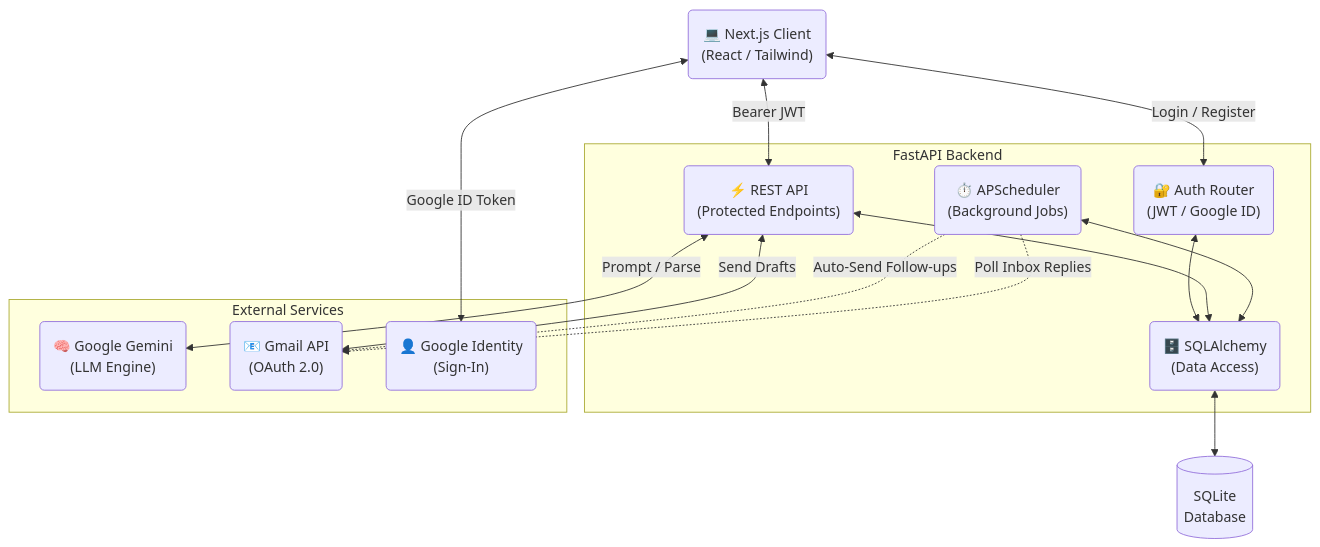
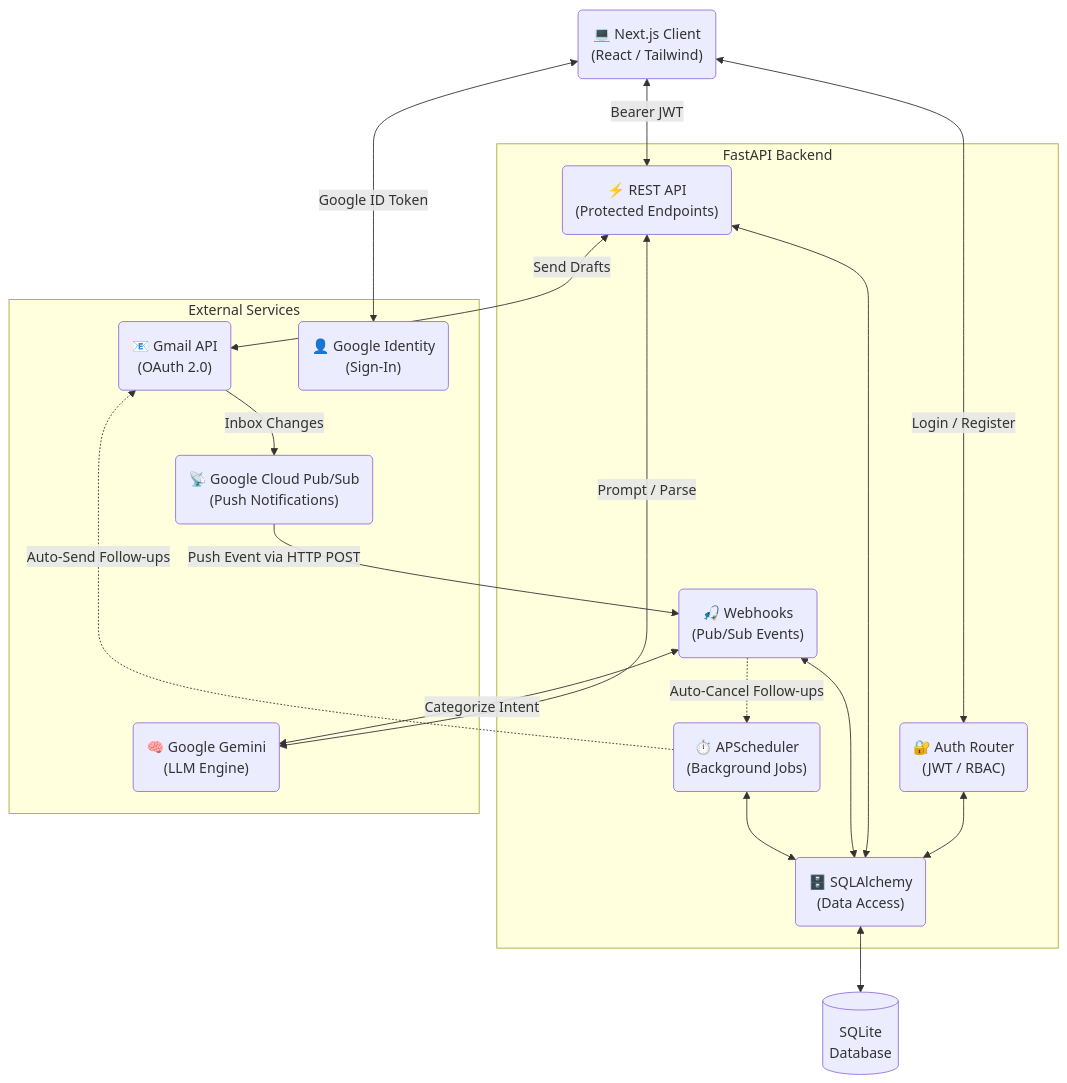
Before and after one commit to codexankitsingh/autoref: the diagram in README.md, drawn with Mermaid. The commit also changed other lines of this file, not shown here.

Commit message:
docs: upgrade README with event-driven architecture and industry standards

````diff
--- a/README.md
+++ b/README.md
@@ -27,34 +27,46 @@
 ```mermaid
 graph TD
     Client("💻 Next.js Client<br/>(React / Tailwind)")
     
     subgraph FastAPI Backend
-        Auth("🔐 Auth Router<br/>(JWT / Google ID)")
+        Auth("🔐 Auth Router<br/>(JWT / RBAC)")
         API("⚡ REST API<br/>(Protected Endpoints)")
+        Webhooks("🎣 Webhooks<br/>(Pub/Sub Events)")
         Scheduler("⏱️ APScheduler<br/>(Background Jobs)")
         ORM("🗄️ SQLAlchemy<br/>(Data Access)")
     end
 
     subgraph External Services
         Gemini("🧠 Google Gemini<br/>(LLM Engine)")
         Gmail("📧 Gmail API<br/>(OAuth 2.0)")
         GoogleAuth("👤 Google Identity<br/>(Sign-In)")
+        PubSub("📡 Google Cloud Pub/Sub<br/>(Push Notifications)")
     end
     
     DB[("SQLite<br/>Database")]
 
+    %% Frontend interactions
     Client <-->|Google ID Token| GoogleAuth
     Client <-->|Login / Register| Auth
     Client <-->|Bearer JWT| API
     
+    %% Backend core
     Auth <--> ORM
     API <--> ORM
+    Webhooks <--> ORM
     Scheduler <--> ORM
     ORM <--> DB
     
+    %% Third-party interactions
     API <-->|Prompt / Parse| Gemini
     API <-->|Send Drafts| Gmail
     
+    %% Event-Driven Flow
+    Gmail -->|Inbox Changes| PubSub
+    PubSub -->|Push Event via HTTP POST| Webhooks
+    Webhooks <-->|Categorize Intent| Gemini
+    Webhooks -.->|Auto-Cancel Follow-ups| Scheduler
+    
+    %% Scheduled jobs
     Scheduler -.->|Auto-Send Follow-ups| Gmail
-    Scheduler -.->|Poll Inbox Replies| Gmail
 ```
````
